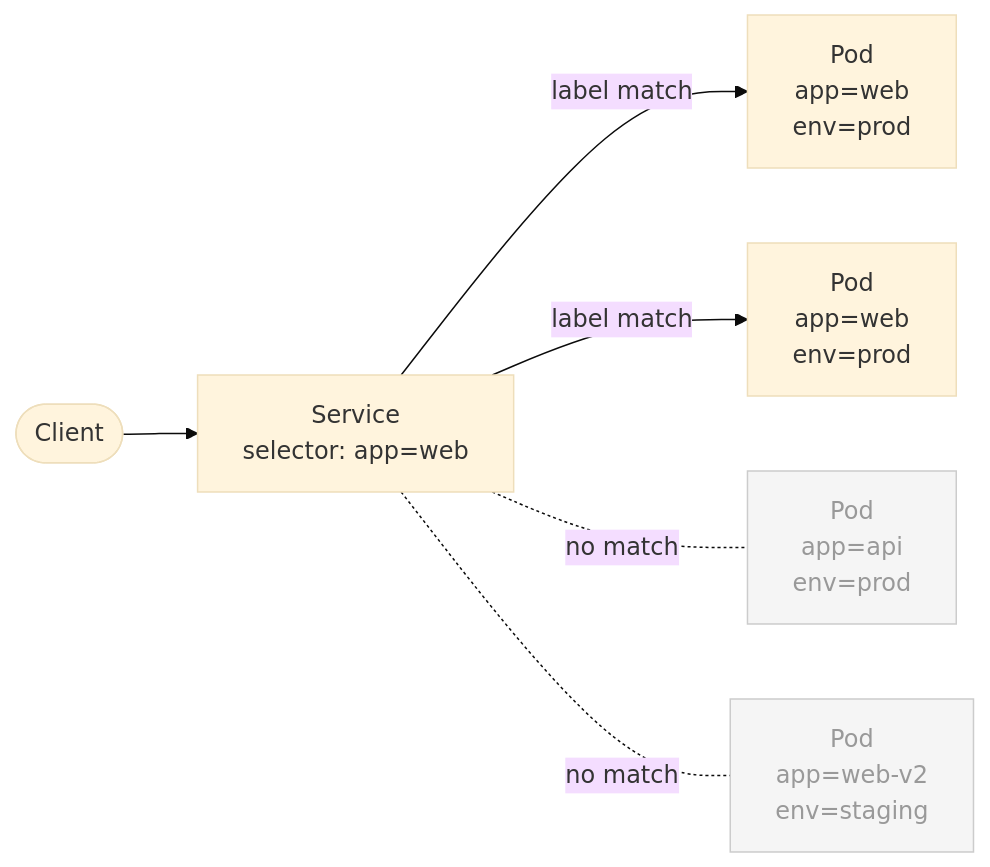
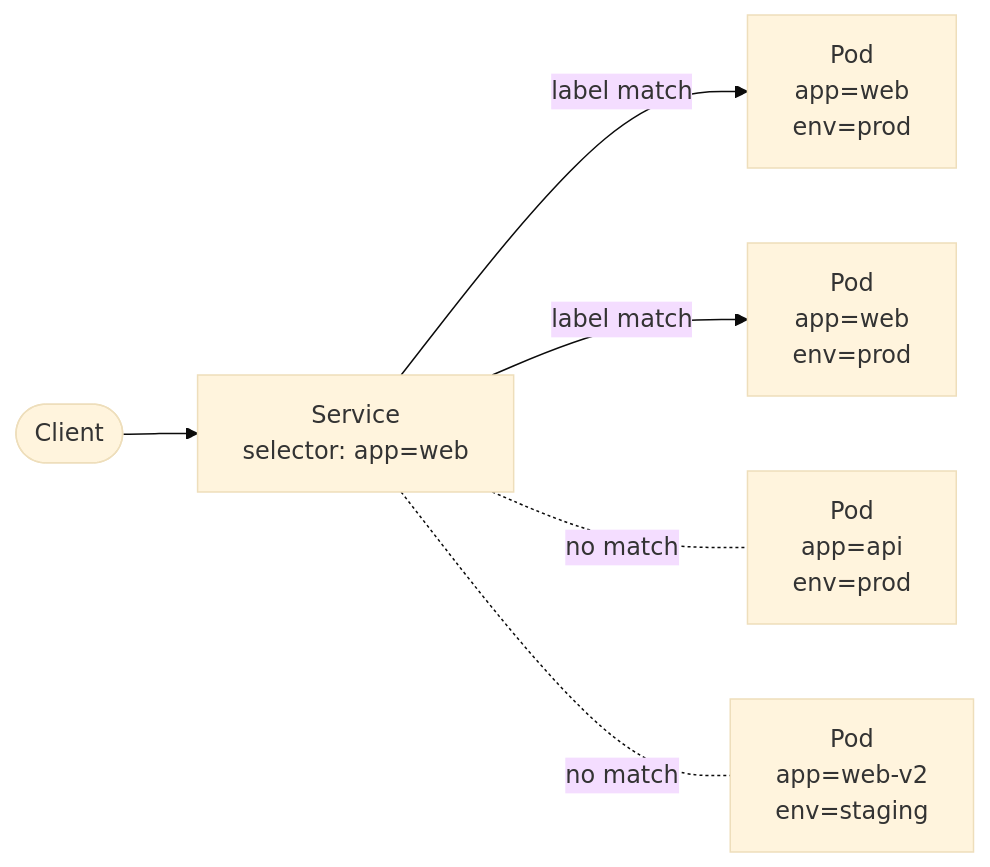
The diagram in src/courses/modules/labels-and-annotations/01-what-are-labels/en/content.md (Antoine-Flo/kube-mastery), drawn with Mermaid (base theme) before and after one commit. The commit also changed 21 other files, not shown here.

Commit message:
remove diagram styles

````diff
--- a/src/courses/modules/labels-and-annotations/01-what-are-labels/en/content.md
+++ b/src/courses/modules/labels-and-annotations/01-what-are-labels/en/content.md
@@ -45,11 +45,8 @@
 ```mermaid
 graph LR
     Client([Client]) --> SVC["Service\nselector: app=web"]
     SVC -->|label match| P1["Pod\napp=web\nenv=prod"]
     SVC -->|label match| P2["Pod\napp=web\nenv=prod"]
     SVC -.-|no match| P3["Pod\napp=api\nenv=prod"]
     SVC -.-|no match| P4["Pod\napp=web-v2\nenv=staging"]
-
-    style P3 fill:#f5f5f5,stroke:#ccc,color:#999
-    style P4 fill:#f5f5f5,stroke:#ccc,color:#999
 ```
````
